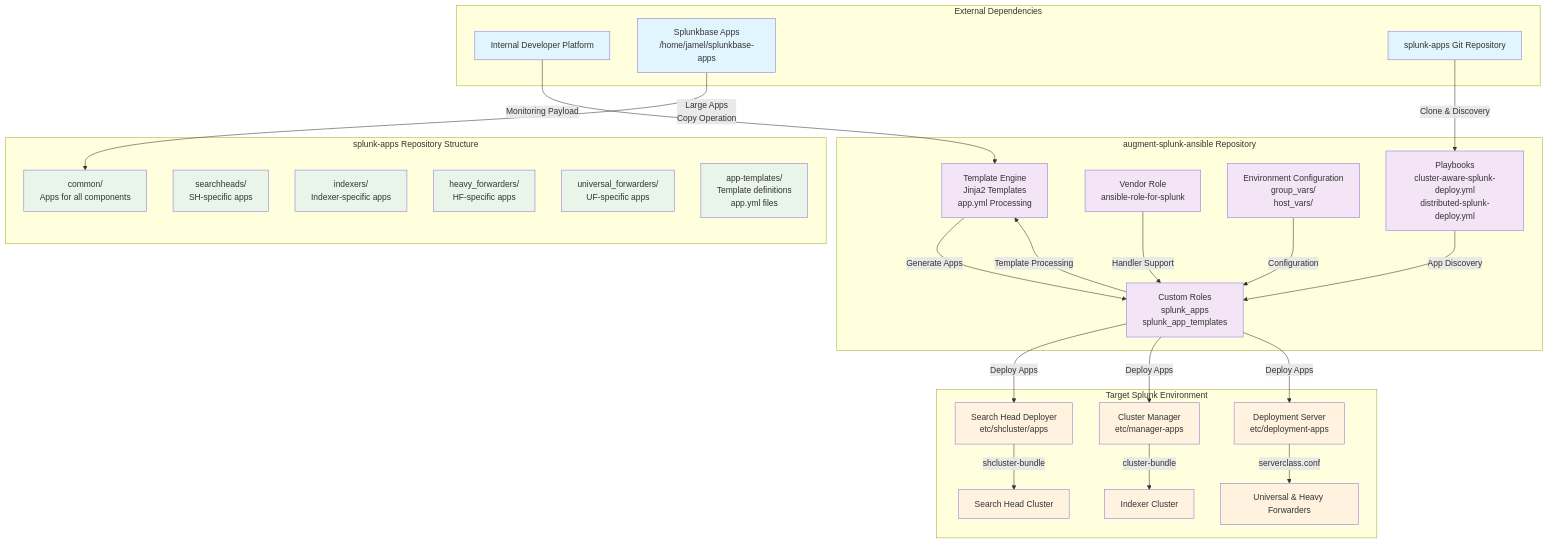
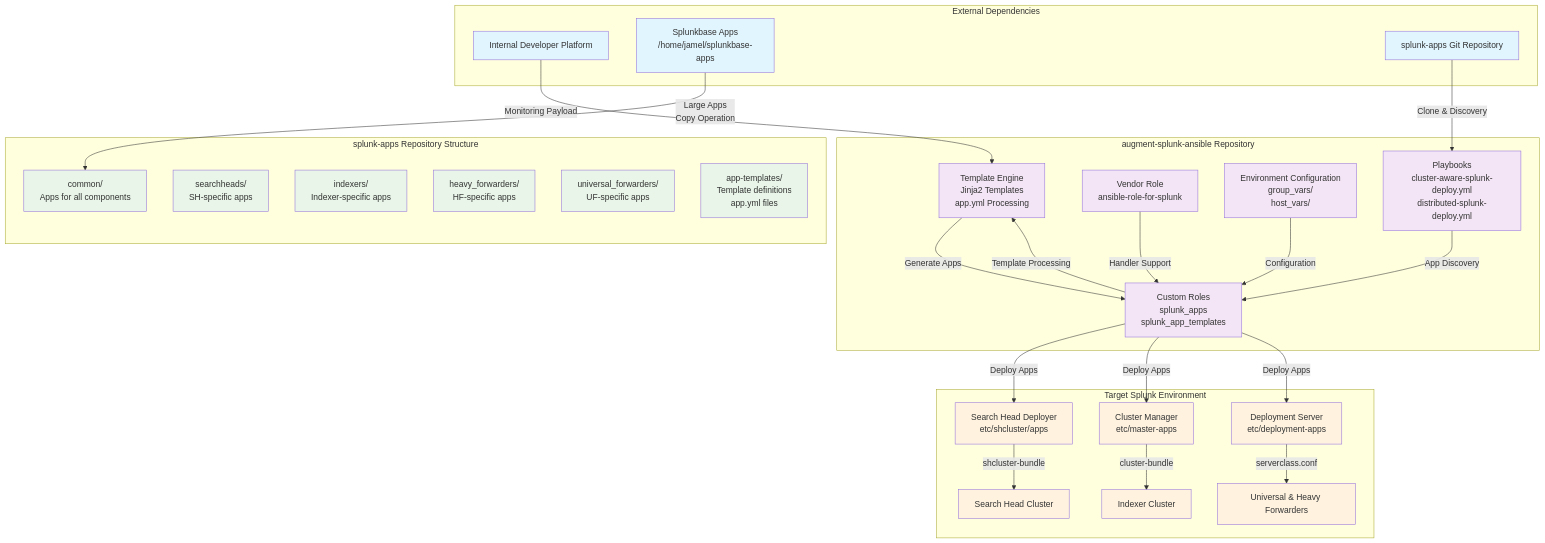
Before and after one commit to gusdebbaja/augment-splunk-ansible: the first of 5 diagrams in ARCHITECTURE.md, drawn with Mermaid. The commit also changed other lines of this file and 24 other files, not shown here.

````diff
--- a/ARCHITECTURE.md
+++ b/ARCHITECTURE.md
@@ -9,65 +9,65 @@
 ```mermaid
 graph TB
     subgraph "External Dependencies"
         IDP[Internal Developer Platform]
         SplunkBase[Splunkbase Apps<br/>/home/jamel/splunkbase-apps]
         GitRepo[splunk-apps Git Repository]
     end
 
     subgraph "augment-splunk-ansible Repository"
         Playbooks[Playbooks<br/>cluster-aware-splunk-deploy.yml<br/>distributed-splunk-deploy.yml]
         CustomRoles[Custom Roles<br/>splunk_apps<br/>splunk_app_templates]
         VendorRole[Vendor Role<br/>ansible-role-for-splunk]
         EnvVars[Environment Configuration<br/>group_vars/<br/>host_vars/]
         Templates[Template Engine<br/>Jinja2 Templates<br/>app.yml Processing]
     end
 
     subgraph "splunk-apps Repository Structure"
         Common[common/<br/>Apps for all components]
         SearchHeads[searchheads/<br/>SH-specific apps]
         Indexers[indexers/<br/>Indexer-specific apps]
         HeavyForwarders[heavy_forwarders/<br/>HF-specific apps]
         UniversalForwarders[universal_forwarders/<br/>UF-specific apps]
         AppTemplates[app-templates/<br/>Template definitions<br/>app.yml files]
     end
 
     subgraph "Target Splunk Environment"
         SHDeployer[Search Head Deployer<br/>etc/shcluster/apps]
-        ClusterManager[Cluster Manager<br/>etc/manager-apps]
+        ClusterManager[Cluster Manager<br/>etc/master-apps]
         DeploymentServer[Deployment Server<br/>etc/deployment-apps]
         SearchHeadCluster[Search Head Cluster]
         IndexerCluster[Indexer Cluster]
         Forwarders[Universal & Heavy Forwarders]
     end
 
     %% Data Flow
     IDP -->|Monitoring Payload| Templates
     SplunkBase -->|Large Apps<br/>Copy Operation| Common
     GitRepo -->|Clone & Discovery| Playbooks
     
     Playbooks -->|App Discovery| CustomRoles
     CustomRoles -->|Template Processing| Templates
     Templates -->|Generate Apps| CustomRoles
     
     CustomRoles -->|Deploy Apps| SHDeployer
     CustomRoles -->|Deploy Apps| ClusterManager
     CustomRoles -->|Deploy Apps| DeploymentServer
     
     SHDeployer -->|shcluster-bundle| SearchHeadCluster
     ClusterManager -->|cluster-bundle| IndexerCluster
     DeploymentServer -->|serverclass.conf| Forwarders
     
     VendorRole -->|Handler Support| CustomRoles
     EnvVars -->|Configuration| CustomRoles
 
     %% Styling
     classDef external fill:#e1f5fe
     classDef automation fill:#f3e5f5
     classDef repository fill:#e8f5e8
     classDef splunk fill:#fff3e0
     
     class IDP,SplunkBase,GitRepo external
     class Playbooks,CustomRoles,VendorRole,EnvVars,Templates automation
     class Common,SearchHeads,Indexers,HeavyForwarders,UniversalForwarders,AppTemplates repository
     class SHDeployer,ClusterManager,DeploymentServer,SearchHeadCluster,IndexerCluster,Forwarders splunk
 ```
````
